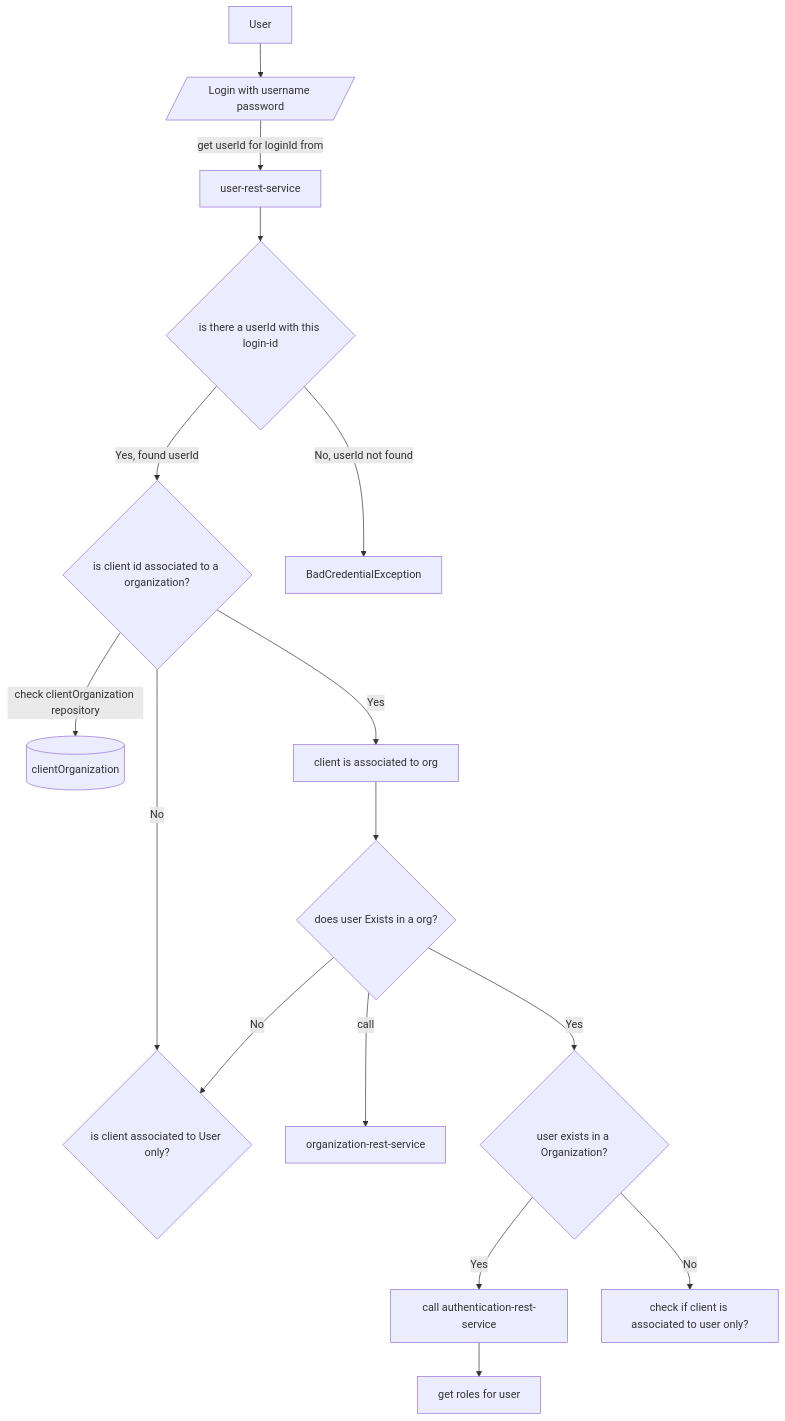
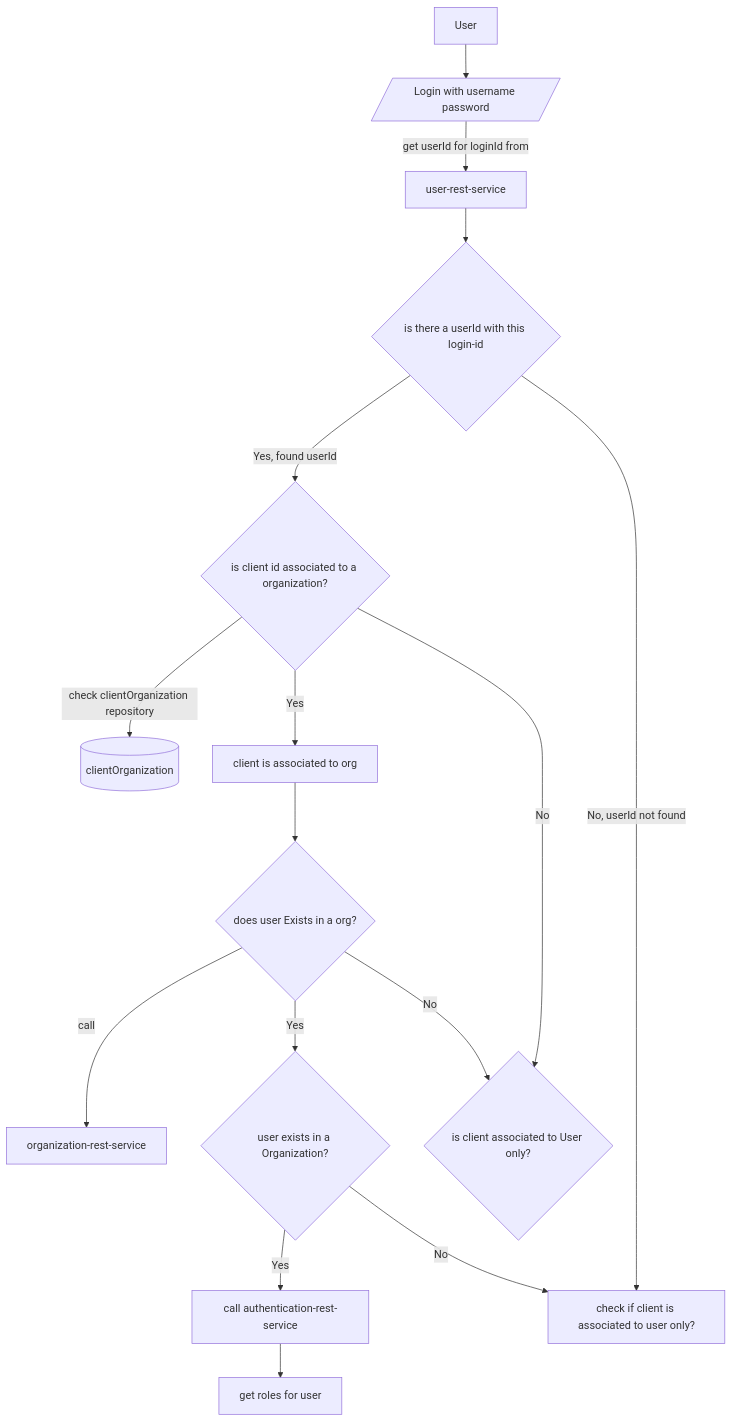
One commit to sonamsamdupkhangsar/spring-authorization-serve changed the diagram in README.md. Above: the diagram before and after it, drawn with Mermaid.

````diff
--- a/README.md
+++ b/README.md
@@ -35,19 +35,19 @@
 ```mermaid
 flowchart TD
  User -->login[/Login with username password/]
  login --get userId for loginId from--> userRestService["user-rest-service"]
  userRestService --> getUserId{is there a userId with this login-id}
  getUserId -->|Yes, found userId|checkClientInOrg{is client id associated to a organization?}
- getUserId -->|No, userId not found|returnError[BadCredentialException]
+ getUserId -->|No, userId not found|checkClientUserRelationship
  checkClientInOrg --check clientOrganization repository--> clientOrganizationRepo[(clientOrganization)]
  
  checkClientInOrg -->|Yes|clientIsInOrg[client is associated to org]
  checkClientInOrg -->|No|checkClientInUserRelationship{is client associated to User only?}
  clientIsInOrg --> checkUserExistsInOrg{does user Exists in a org?}
  checkUserExistsInOrg --call--> organizationRestService["organization-rest-service"]
  checkUserExistsInOrg -->|Yes| userExistsInOrg{user exists in a Organization?}
  checkUserExistsInOrg -->|No| checkClientInUserRelationship 
  userExistsInOrg -->|Yes| authenticate["call authentication-rest-service"]
  authenticate --> getRoles[get roles for user]
  userExistsInOrg -->|No| checkClientUserRelationship["check if client is associated to user only?"]
 ```
````
